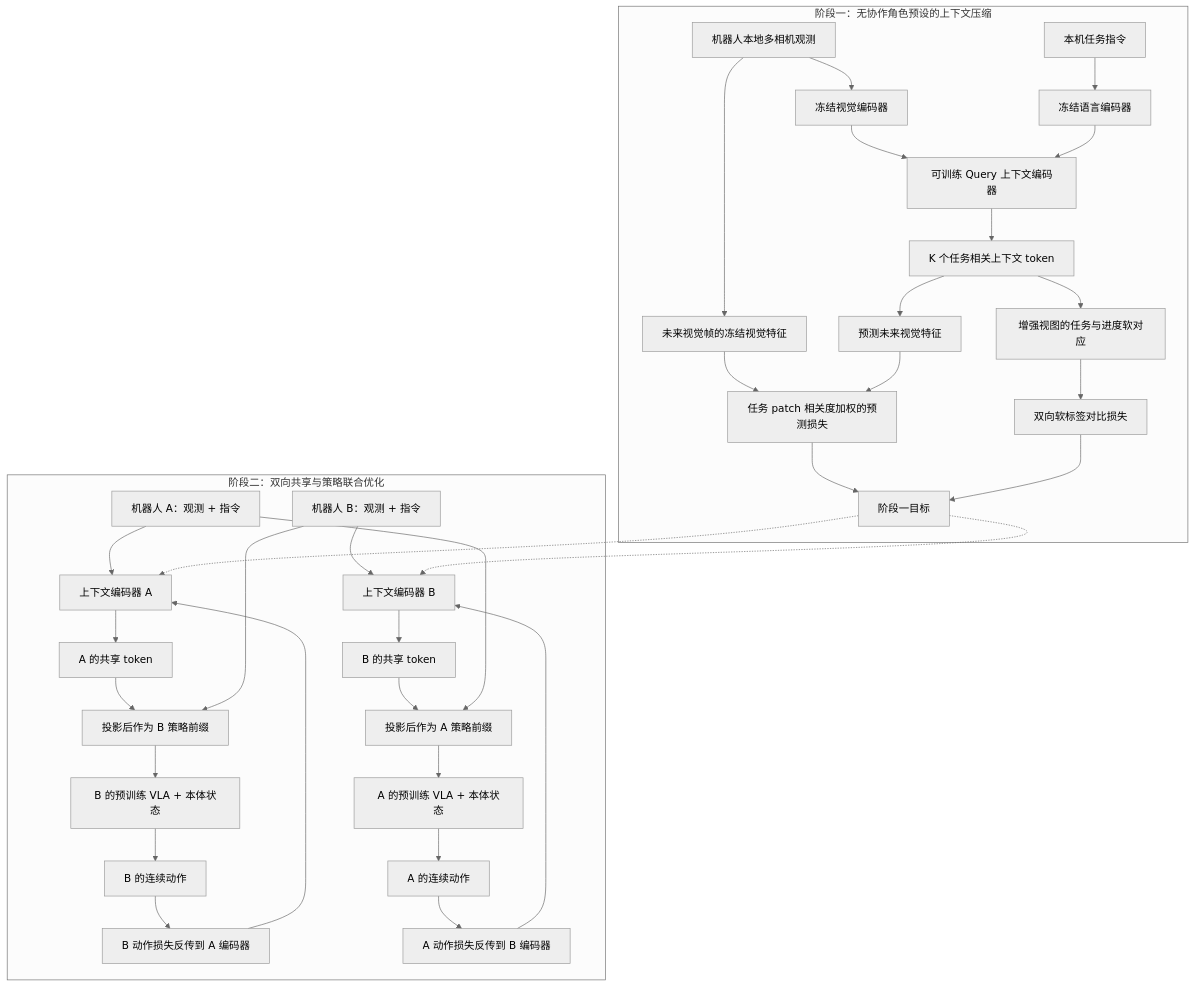
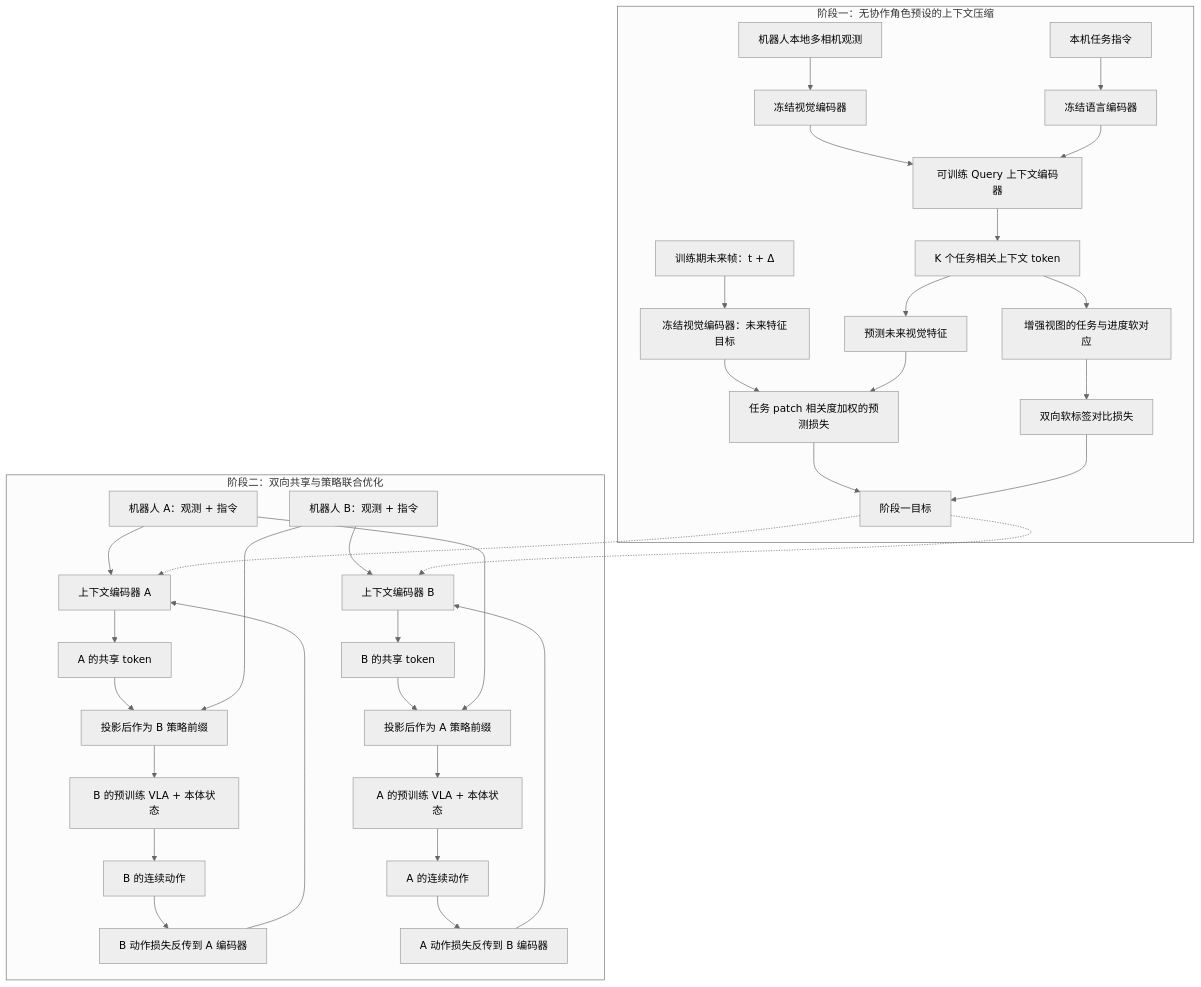
The diagram in wiki/entities/paper-be-my-eye-comind.md (ImChong/Robotics_Notebooks), drawn with Mermaid (neutral theme) before and after one commit. The commit also changed other lines of this file and 4 other files, not shown here.

````diff
--- a/wiki/entities/paper-be-my-eye-comind.md
+++ b/wiki/entities/paper-be-my-eye-comind.md
@@ -65,38 +65,38 @@
 ```mermaid
 flowchart TB
   subgraph S1["阶段一：无协作角色预设的上下文压缩"]
     V["机器人本地多相机观测"] --> FV["冻结视觉编码器"]
     L["本机任务指令"] --> FL["冻结语言编码器"]
     FV --> ENC["可训练 Query 上下文编码器"]
     FL --> ENC
     ENC --> TOK["K 个任务相关上下文 token"]
     TOK --> FUT["预测未来视觉特征"]
-    V --> FUTGT["未来视觉帧的冻结视觉特征"]
+    VF["训练期未来帧：t + Δ"] --> FUTGT["冻结视觉编码器：未来特征目标"]
     FUTGT --> LOSS1["任务 patch 相关度加权的预测损失"]
     FUT --> LOSS1
     TOK --> PROG["增强视图的任务与进度软对应"]
     PROG --> LOSS2["双向软标签对比损失"]
     LOSS1 --> T1["阶段一目标"]
     LOSS2 --> T1
   end
   subgraph S2["阶段二：双向共享与策略联合优化"]
     A["机器人 A：观测 + 指令"] --> EA["上下文编码器 A"]
     B["机器人 B：观测 + 指令"] --> EB["上下文编码器 B"]
     EA --> ZA["A 的共享 token"]
     EB --> ZB["B 的共享 token"]
     ZA --> PB["投影后作为 B 策略前缀"]
     ZB --> PA["投影后作为 A 策略前缀"]
     B --> PB
     A --> PA
     PB --> VLAB["B 的预训练 VLA + 本体状态"]
     PA --> VLAA["A 的预训练 VLA + 本体状态"]
     VLAB --> ACTB["B 的连续动作"]
     VLAA --> ACTA["A 的连续动作"]
     ACTB --> GRADB["B 动作损失反传到 A 编码器"]
     ACTA --> GRADA["A 动作损失反传到 B 编码器"]
     GRADB --> EA
     GRADA --> EB
   end
   T1 -.-> EA
   T1 -.-> EB
 ```
````
